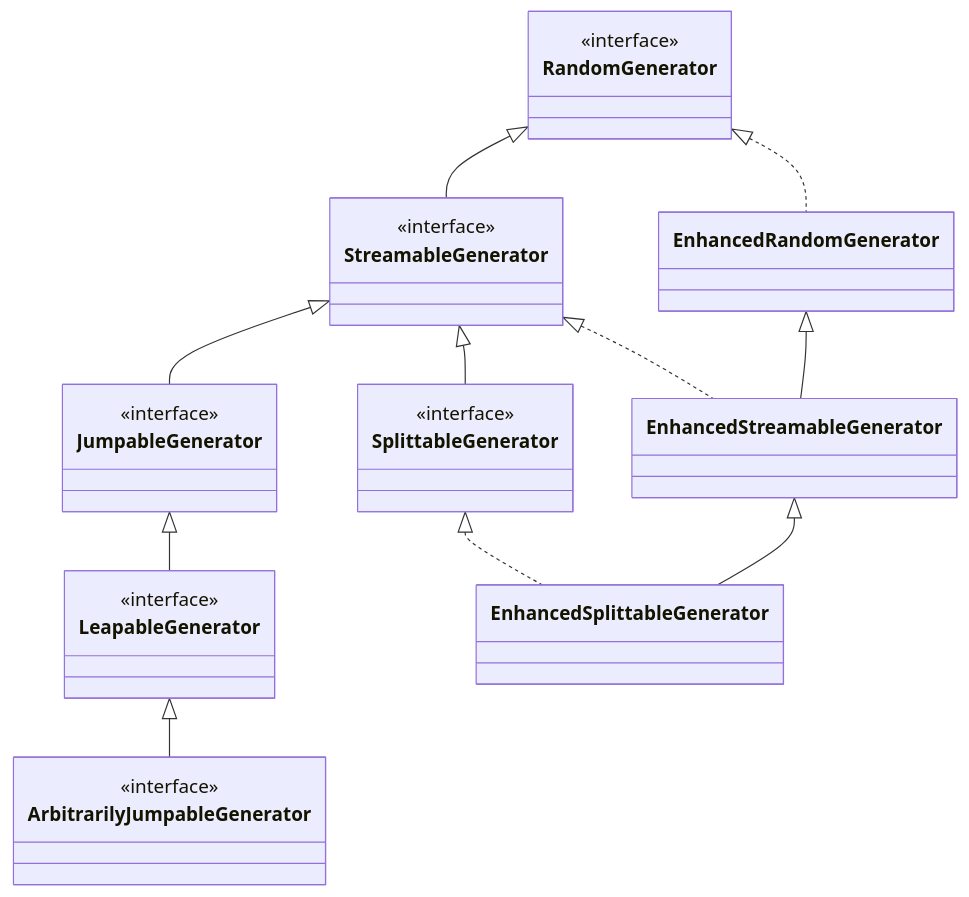
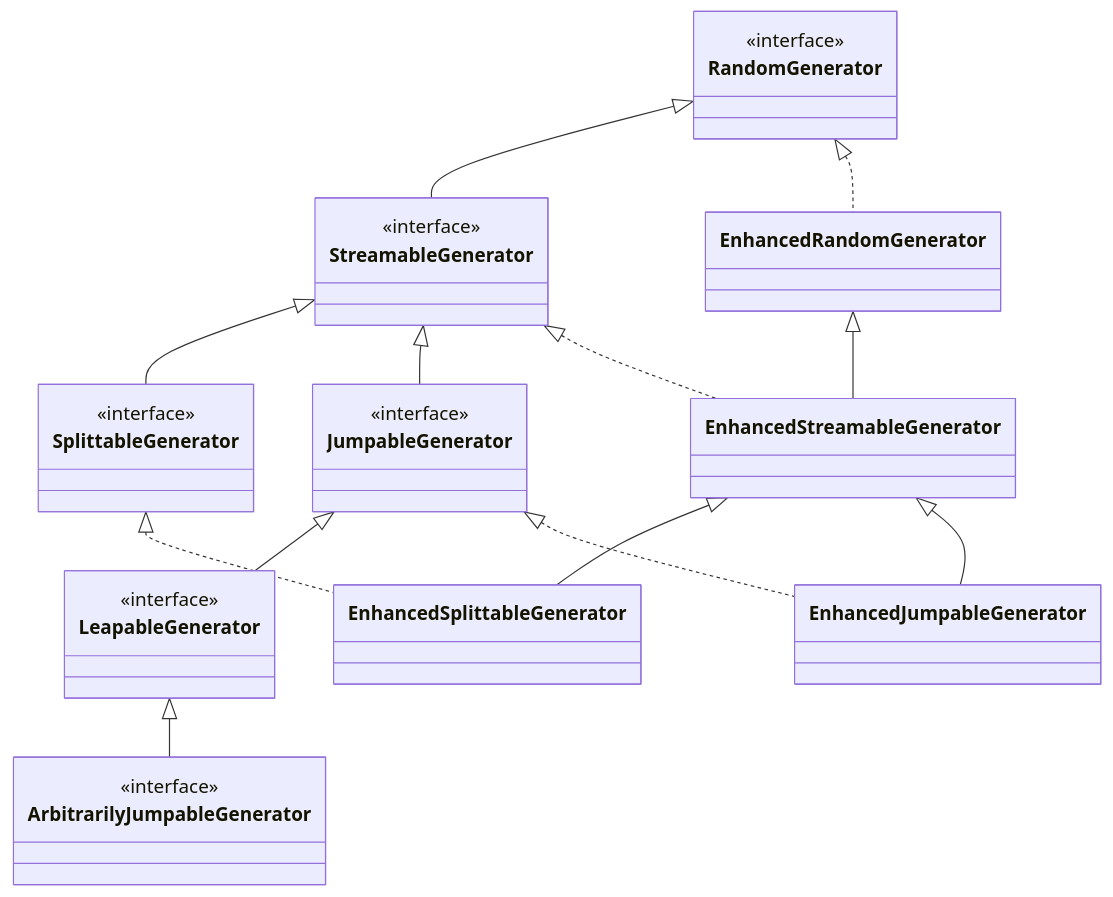
Before and after one commit to cicirello/rho-mu: the diagram in README.md, drawn with Mermaid.

````diff
--- a/README.md
+++ b/README.md
@@ -42,28 +42,31 @@
 ```mermaid
 classDiagram
   class RandomGenerator
   <<interface>> RandomGenerator
   class StreamableGenerator
   <<interface>> StreamableGenerator
   RandomGenerator <|-- StreamableGenerator
   class SplittableGenerator
   <<interface>> SplittableGenerator
   StreamableGenerator <|-- SplittableGenerator
   class JumpableGenerator
   <<interface>> JumpableGenerator
   StreamableGenerator <|-- JumpableGenerator
   class LeapableGenerator
   <<interface>> LeapableGenerator
   JumpableGenerator <|-- LeapableGenerator
   class ArbitrarilyJumpableGenerator
   <<interface>> ArbitrarilyJumpableGenerator
   LeapableGenerator <|-- ArbitrarilyJumpableGenerator
   class EnhancedRandomGenerator
   RandomGenerator <|.. EnhancedRandomGenerator
   class EnhancedStreamableGenerator
   EnhancedRandomGenerator <|-- EnhancedStreamableGenerator
   StreamableGenerator <|.. EnhancedStreamableGenerator
   class EnhancedSplittableGenerator
   EnhancedStreamableGenerator <|-- EnhancedSplittableGenerator
   SplittableGenerator <|.. EnhancedSplittableGenerator
+  class EnhancedJumpableGenerator
+  EnhancedStreamableGenerator <|-- EnhancedJumpableGenerator
+  JumpableGenerator <|.. EnhancedJumpableGenerator
 ```
````
